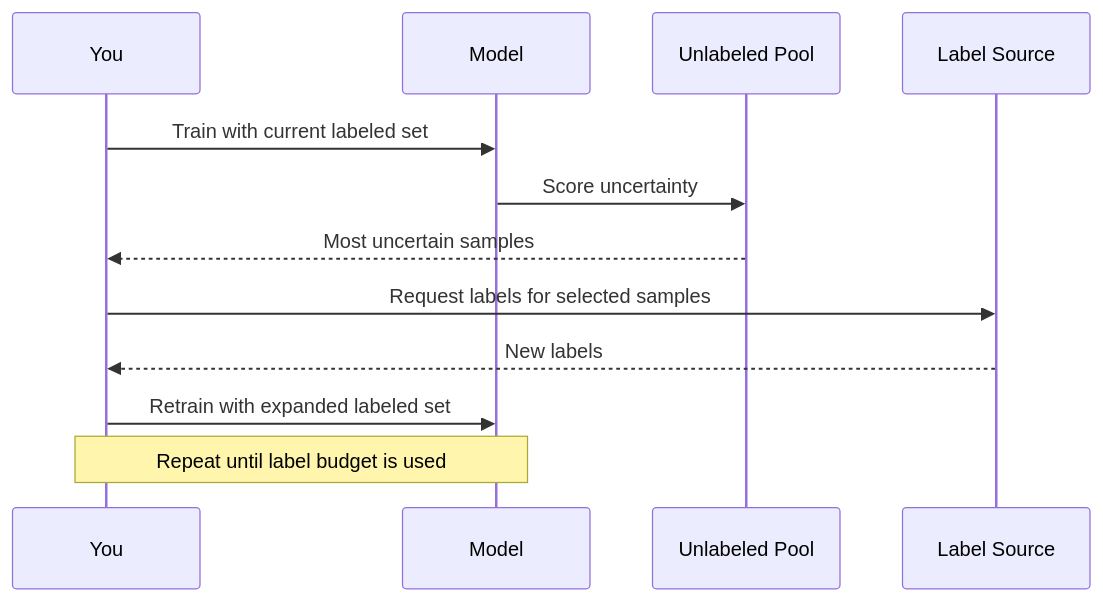
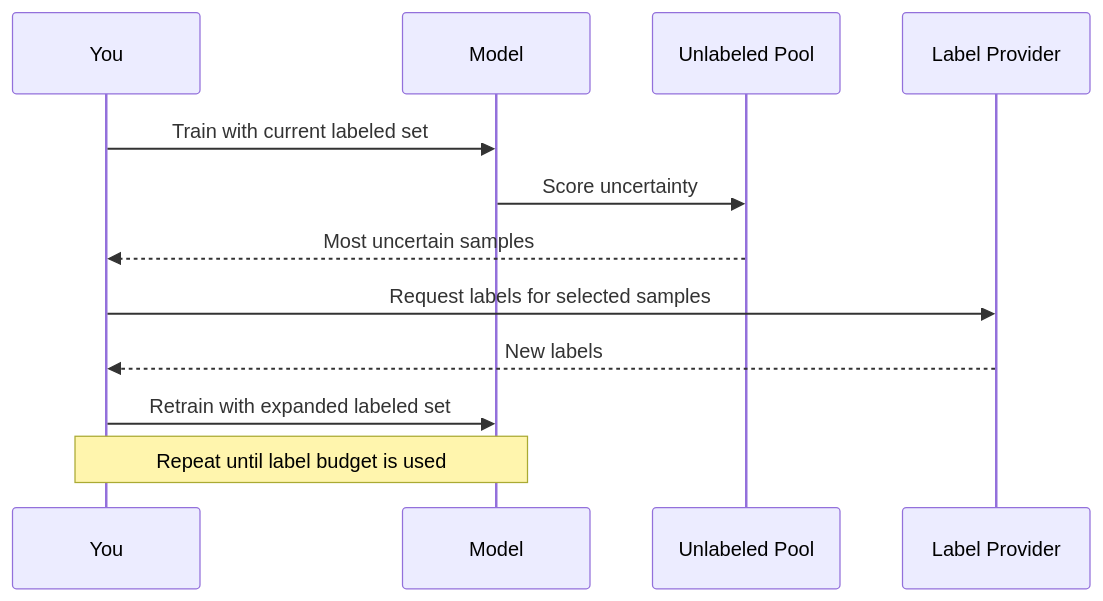
The third of 4 diagrams in projects/sota-unsupervised-semisup-showcase/README.md (conqueror/mcgill-showcases), drawn with Mermaid before and after one commit. The commit also changed other lines of this file, not shown here.

````diff
--- a/projects/sota-unsupervised-semisup-showcase/README.md
+++ b/projects/sota-unsupervised-semisup-showcase/README.md
@@ -80,15 +80,15 @@
 ```mermaid
 sequenceDiagram
     participant You
     participant Model
     participant UnlabeledPool as Unlabeled Pool
-    participant Oracle as Label Source
+    participant Oracle as Label Provider
 
     You->>Model: Train with current labeled set
     Model->>UnlabeledPool: Score uncertainty
     UnlabeledPool-->>You: Most uncertain samples
     You->>Oracle: Request labels for selected samples
     Oracle-->>You: New labels
     You->>Model: Retrain with expanded labeled set
     Note over You,Model: Repeat until label budget is used
 ```
````
